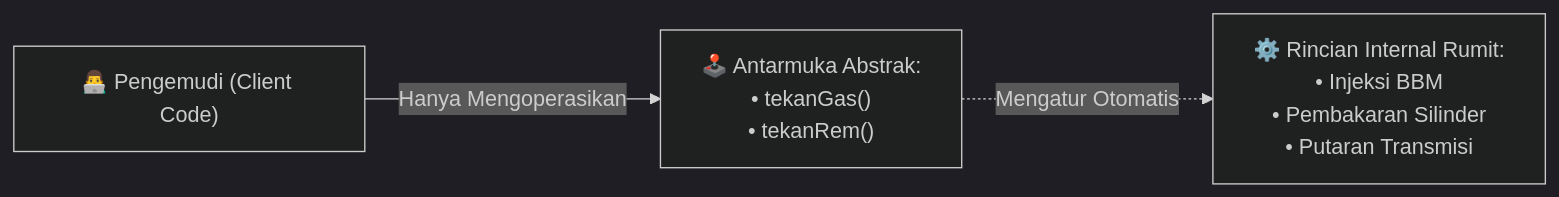
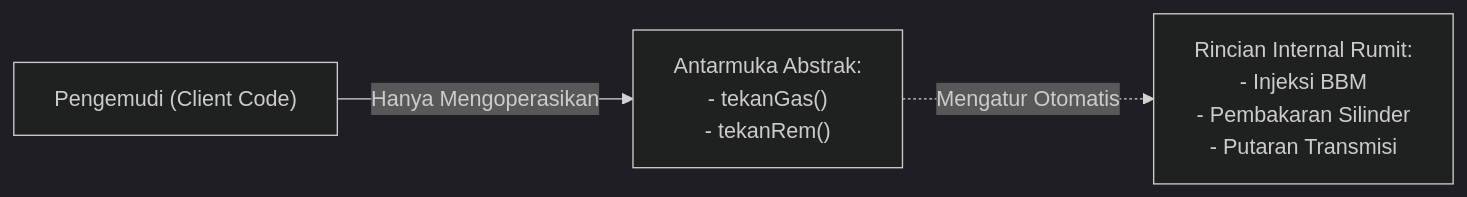
The diagram in docs/pemrograman-oop-php/interface-abstract.md (mahendaruui/Perkuliahan), drawn with Mermaid (dark theme) before and after one commit. The commit also changed other lines of this file and 3 other files, not shown here.

````diff
--- a/docs/pemrograman-oop-php/interface-abstract.md
+++ b/docs/pemrograman-oop-php/interface-abstract.md
@@ -19,9 +19,9 @@
 ```mermaid
 flowchart LR
-    User["👨‍💻 Pengemudi (Client Code)"]
-    Pedal["🕹️ Antarmuka Abstrak:<br>• tekanGas()<br>• tekanRem()"]
-    Mesin["⚙️ Rincian Internal Rumit:<br>• Injeksi BBM<br>• Pembakaran Silinder<br>• Putaran Transmisi"]
+    User["Pengemudi (Client Code)"]
+    Pedal["Antarmuka Abstrak:<br>- tekanGas()<br>- tekanRem()"]
+    Mesin["Rincian Internal Rumit:<br>- Injeksi BBM<br>- Pembakaran Silinder<br>- Putaran Transmisi"]
 
     User -->|Hanya Mengoperasikan| Pedal
     Pedal -.->|Mengatur Otomatis| Mesin
 ```
````
